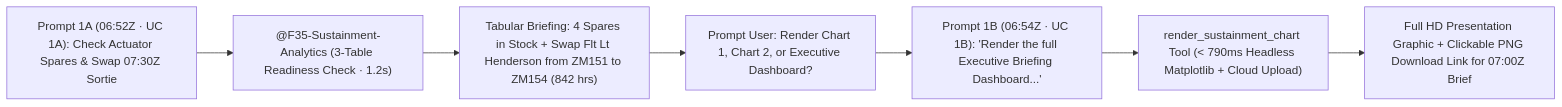
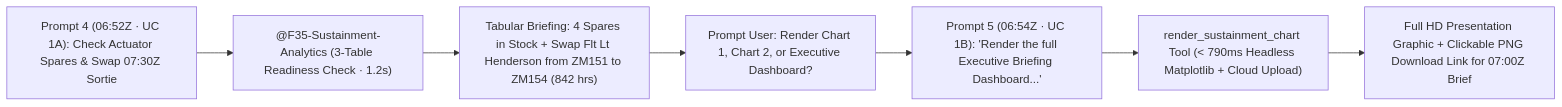
Before and after one commit to edwardsda-prog/f35: the third of 4 diagrams in DEMO_STORYBOARD.md, drawn with Mermaid. The commit also changed other lines of this file and 17 other files, not shown here.

````diff
--- a/DEMO_STORYBOARD.md
+++ b/DEMO_STORYBOARD.md
@@ -97,9 +114,9 @@
 ```mermaid
 flowchart LR
-    U1A["Prompt 1A (06:52Z · UC 1A): Check Actuator Spares & Swap 07:30Z Sortie"] --> R1A["@F35-Sustainment-Analytics (3-Table Readiness Check · 1.2s)"]
-    R1A --> S1["Tabular Briefing: 4 Spares in Stock + Swap Flt Lt Henderson from ZM151 to ZM154 (842 hrs)"]
-    S1 --> P1["Prompt User: Render Chart 1, Chart 2, or Executive Dashboard?"]
-    P1 --> U1B["Prompt 1B (06:54Z · UC 1B): 'Render the full Executive Briefing Dashboard...'"]
-    U1B --> T1["render_sustainment_chart Tool (< 790ms Headless Matplotlib + Cloud Upload)"]
-    T1 --> C1["Full HD Presentation Graphic + Clickable PNG Download Link for 07:00Z Brief"]
+    P4["Prompt 4 (06:52Z · UC 1A): Check Actuator Spares & Swap 07:30Z Sortie"] --> R4["@F35-Sustainment-Analytics (3-Table Readiness Check · 1.2s)"]
+    R4 --> S4["Tabular Briefing: 4 Spares in Stock + Swap Flt Lt Henderson from ZM151 to ZM154 (842 hrs)"]
+    S4 --> Q4["Prompt User: Render Chart 1, Chart 2, or Executive Dashboard?"]
+    Q4 --> P5["Prompt 5 (06:54Z · UC 1B): 'Render the full Executive Briefing Dashboard...'"]
+    P5 --> T5["render_sustainment_chart Tool (< 790ms Headless Matplotlib + Cloud Upload)"]
+    T5 --> C5["Full HD Presentation Graphic + Clickable PNG Download Link for 07:00Z Brief"]
 ```
````
